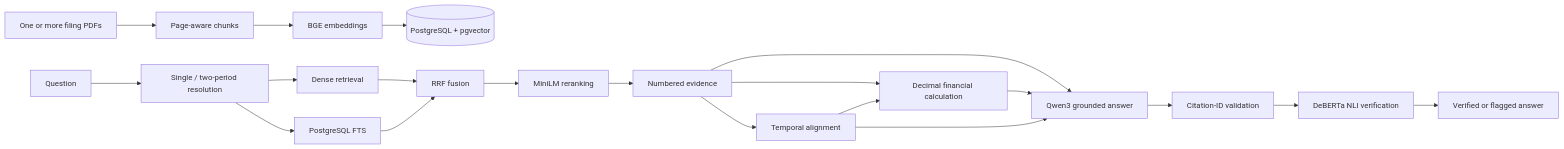
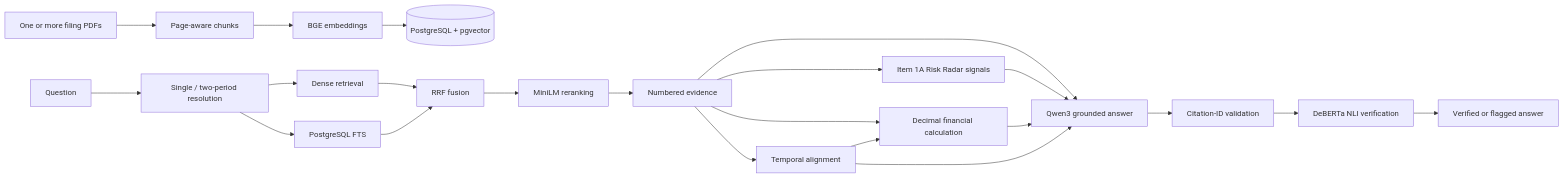
Before and after one commit to jxcksg17/ai-due-diligence-copilot: the diagram in README.md, drawn with Mermaid. The commit also changed other lines of this file and 11 other files, not shown here.

Commit message:
Complete M9 evidence-driven Risk Radar

````diff
--- a/README.md
+++ b/README.md
@@ -22,24 +19,26 @@
 ```mermaid
 flowchart LR
     PDF[One or more filing PDFs] --> Parse[Page-aware chunks]
     Parse --> Embed[BGE embeddings]
     Embed --> DB[(PostgreSQL + pgvector)]
 
     Q[Question] --> Meta[Single / two-period resolution]
     Meta --> Dense[Dense retrieval]
     Meta --> FTS[PostgreSQL FTS]
     Dense --> RRF[RRF fusion]
     FTS --> RRF
     RRF --> Rank[MiniLM reranking]
     Rank --> Evidence[Numbered evidence]
+    Evidence --> Radar[Item 1A Risk Radar signals]
     Evidence --> Qwen[Qwen3 grounded answer]
+    Radar --> Qwen
     Qwen --> IDs[Citation-ID validation]
     IDs --> NLI[DeBERTa NLI verification]
     NLI --> Answer[Verified or flagged answer]
 
     Evidence --> Calc[Decimal financial calculation]
     Calc --> Qwen
     Evidence --> Align[Temporal alignment]
     Align --> Calc
     Align --> Qwen
 ```
````
